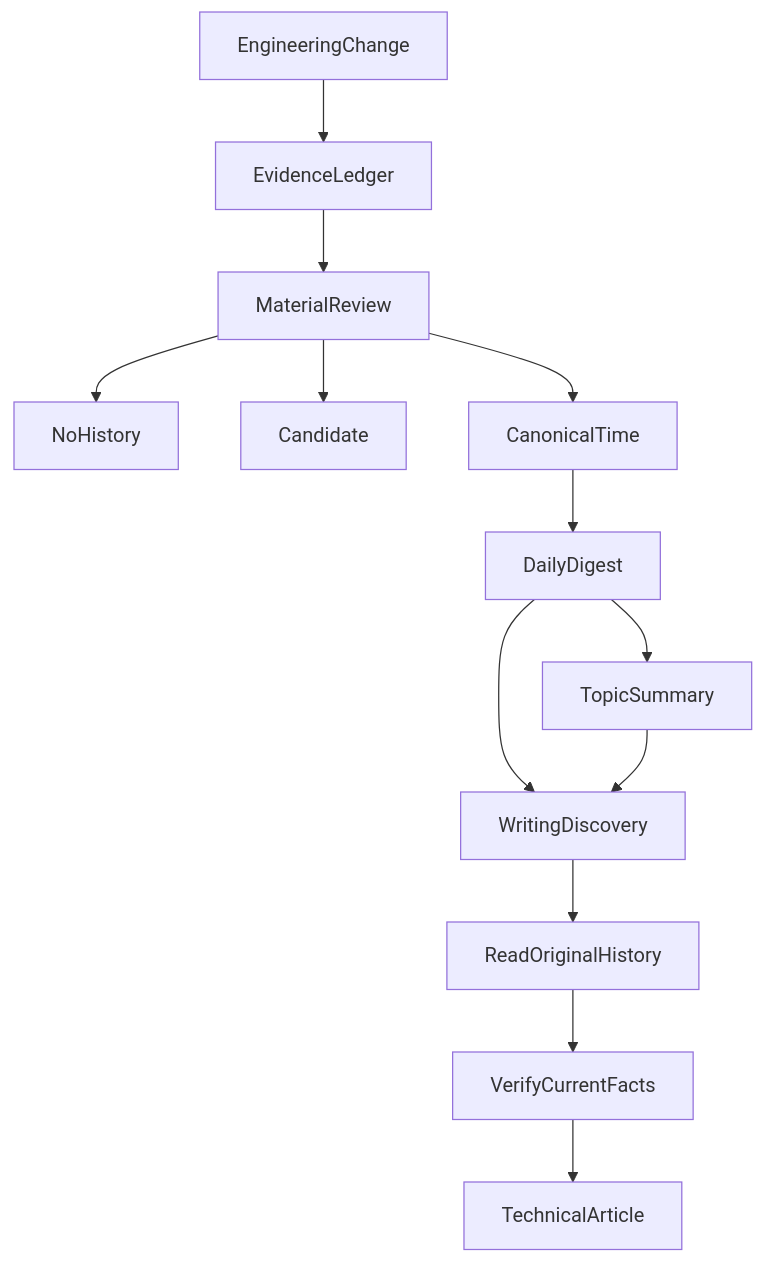
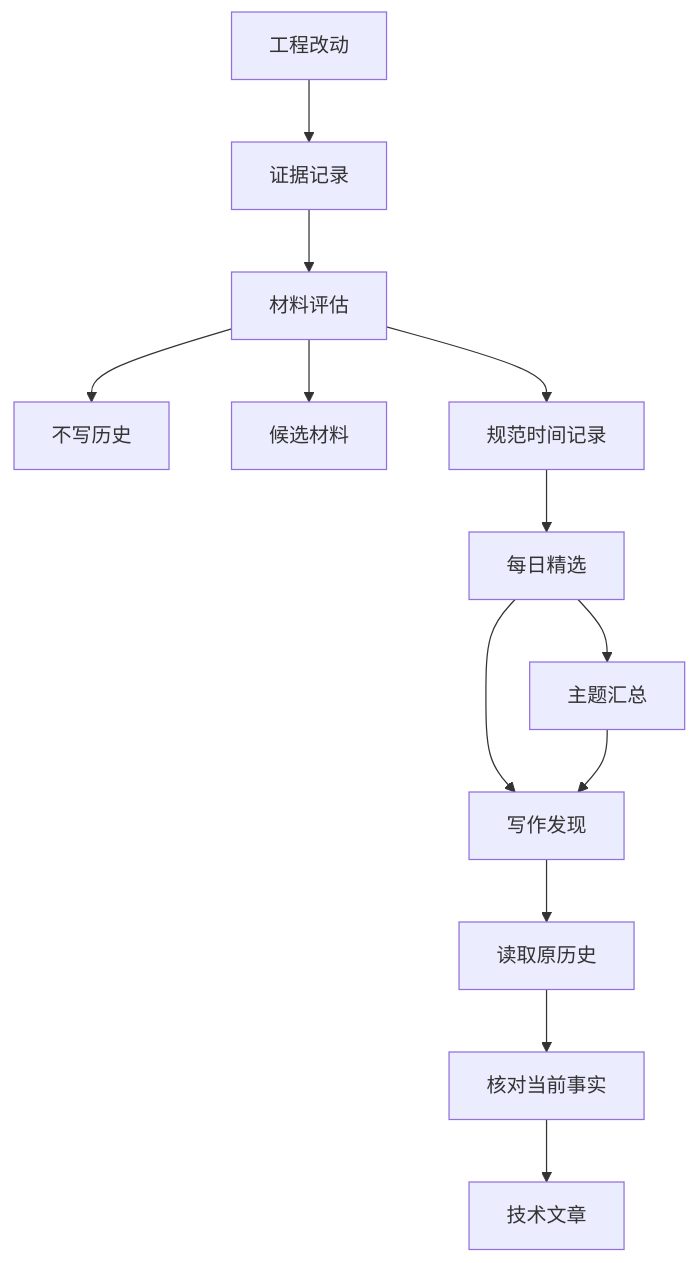
One commit to hpoenixf/eff-agent-article changed the second of 2 diagrams in articles/027-agent-context-document-history.md. Above: the diagram before and after it, drawn with Mermaid. The commit also changed other lines of this file and 52 other files, not shown here.

Commit message:
docs: localize diagrams and clarify flagship guides

````diff
--- a/articles/027-agent-context-document-history.md
+++ b/articles/027-agent-context-document-history.md
@@ -158,15 +158,15 @@
 ```mermaid
 graph TD
-EngineeringChange --> EvidenceLedger
-EvidenceLedger --> MaterialReview
-MaterialReview --> NoHistory
-MaterialReview --> Candidate
-MaterialReview --> CanonicalTime
-CanonicalTime --> DailyDigest
-DailyDigest --> TopicSummary
-DailyDigest --> WritingDiscovery
+EngineeringChange["工程改动"] --> EvidenceLedger["证据记录"]
+EvidenceLedger --> MaterialReview["材料评估"]
+MaterialReview --> NoHistory["不写历史"]
+MaterialReview --> Candidate["候选材料"]
+MaterialReview --> CanonicalTime["规范时间记录"]
+CanonicalTime --> DailyDigest["每日精选"]
+DailyDigest --> TopicSummary["主题汇总"]
+DailyDigest --> WritingDiscovery["写作发现"]
 TopicSummary --> WritingDiscovery
-WritingDiscovery --> ReadOriginalHistory
-ReadOriginalHistory --> VerifyCurrentFacts
-VerifyCurrentFacts --> TechnicalArticle
+WritingDiscovery --> ReadOriginalHistory["读取原历史"]
+ReadOriginalHistory --> VerifyCurrentFacts["核对当前事实"]
+VerifyCurrentFacts --> TechnicalArticle["技术文章"]
 ```
````
